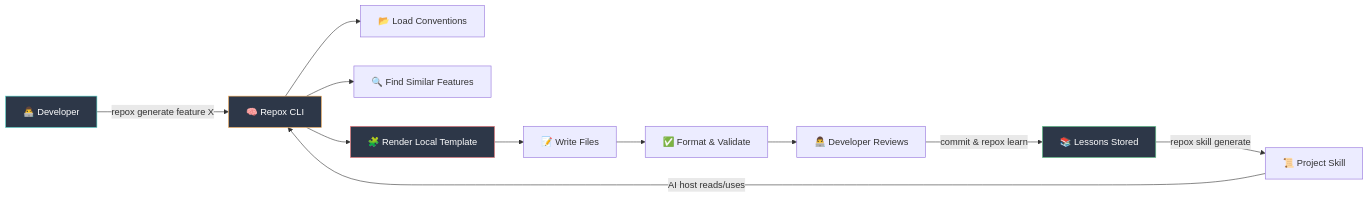
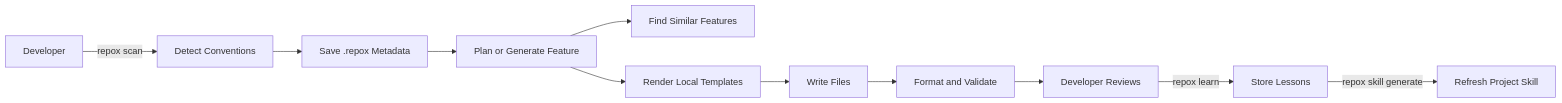
The first of 2 diagrams in README.md (ChonlakanSutthimatmongkhol/repox), drawn with Mermaid before and after one commit. The commit also changed other lines of this file, not shown here.

````diff
--- a/README.md
+++ b/README.md
@@ -193,18 +330,13 @@
 ```mermaid
 graph LR
-    A["👨‍💻 Developer"] -->|"repox generate feature X"| B["🧠 Repox CLI"]
-    B --> C["📂 Load Conventions"]
-    B --> D["🔍 Find Similar Features"]
-    B --> E["🧩 Render Local Template"]
-    E --> F["📝 Write Files"]
-    F --> G["✅ Format & Validate"]
-    G --> H["👨‍💻 Developer Reviews"]
-    H -->|"commit & repox learn"| I["📚 Lessons Stored"]
-    I -->|"repox skill generate"| J["📜 Project Skill"]
-    J -->|"AI host reads/uses"| B
-
-    style A fill:#2d3748,stroke:#4fd1c5,color:#fff
-    style B fill:#2d3748,stroke:#f6ad55,color:#fff
-    style E fill:#2d3748,stroke:#fc8181,color:#fff
-    style I fill:#2d3748,stroke:#68d391,color:#fff
+    A["Developer"] -->|"repox scan"| B["Detect Conventions"]
+    B --> C["Save .repox Metadata"]
+    C --> D["Plan or Generate Feature"]
+    D --> E["Find Similar Features"]
+    D --> F["Render Local Templates"]
+    F --> G["Write Files"]
+    G --> H["Format and Validate"]
+    H --> I["Developer Reviews"]
+    I -->|"repox learn"| J["Store Lessons"]
+    J -->|"repox skill generate"| K["Refresh Project Skill"]
 ```
````
